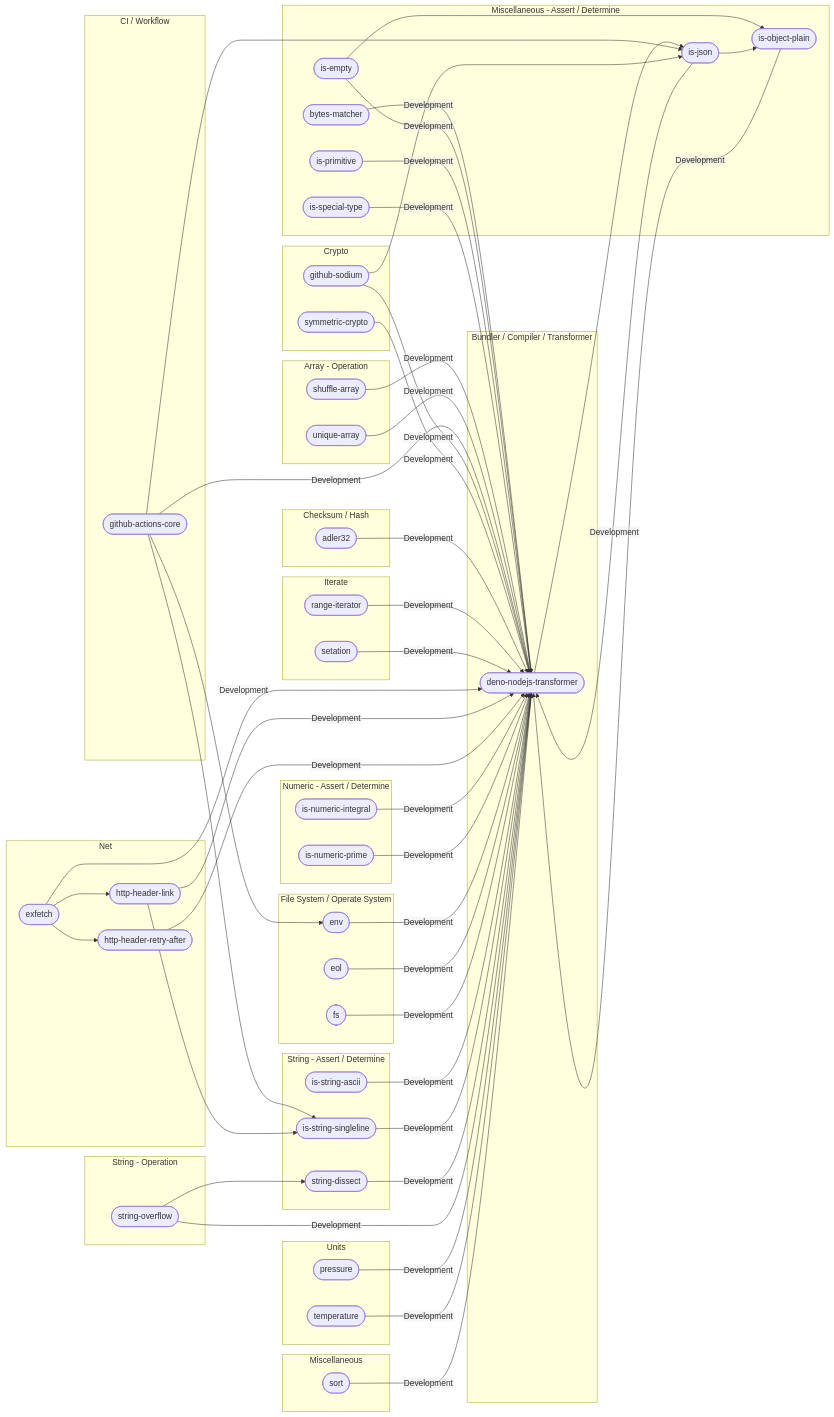
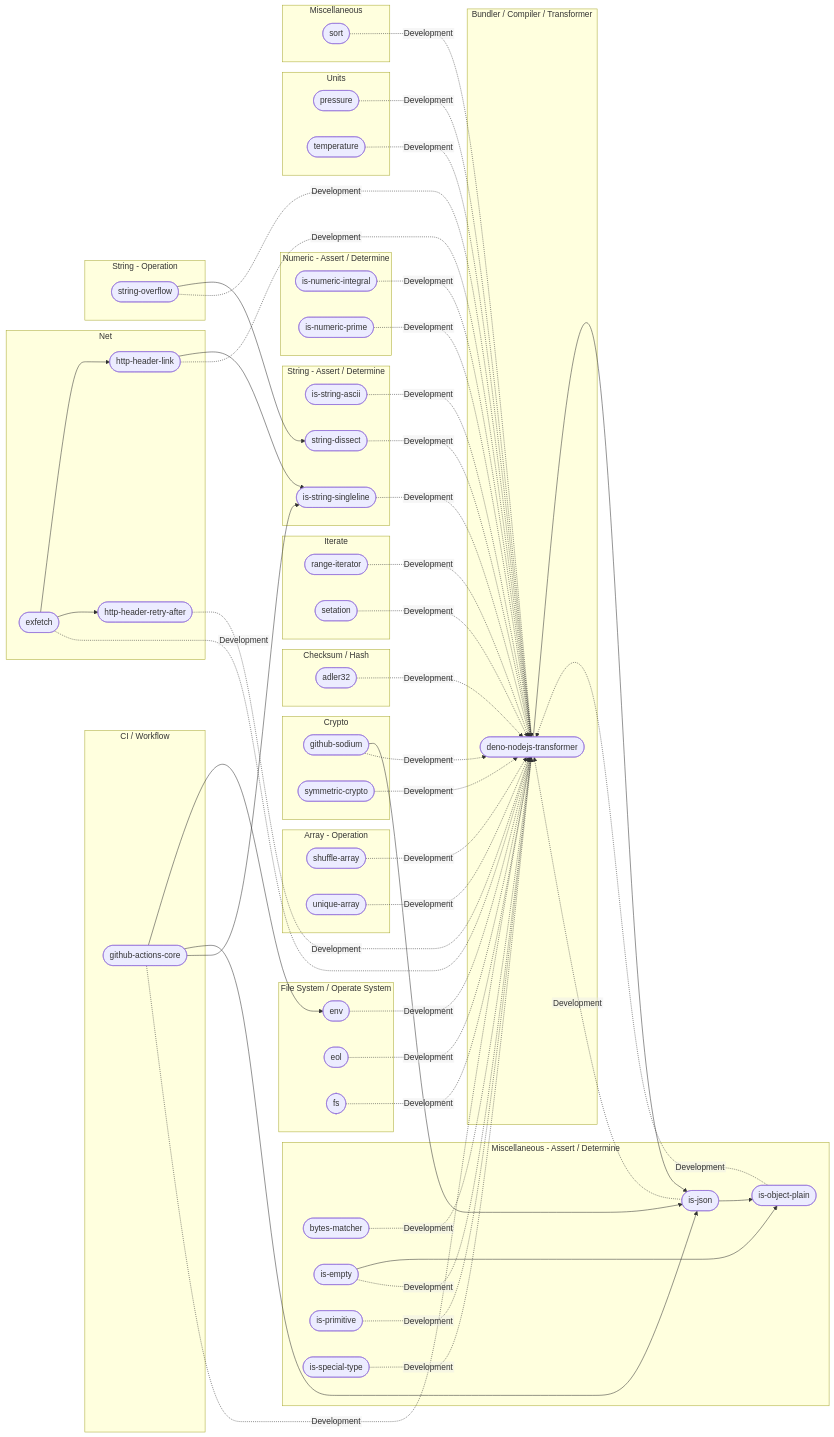
Before and after one commit to hugoalh/hugoalh: the diagram in assets/es-dependencies-graph.md, drawn with Mermaid.

Commit message:
Update ES dependencies graph

````diff
--- a/assets/es-dependencies-graph.md
+++ b/assets/es-dependencies-graph.md
@@ -94,34 +94,34 @@
   is-empty --> is-object-plain
   is-json --> is-object-plain
   string-overflow --> string-dissect
-  
-  shuffle-array -- Development --> deno-nodejs-transformer
-  unique-array -- Development --> deno-nodejs-transformer
-  github-actions-core -- Development --> deno-nodejs-transformer
-  github-sodium -- Development --> deno-nodejs-transformer
-  symmetric-crypto -- Development --> deno-nodejs-transformer
-  adler32 -- Development --> deno-nodejs-transformer
-  range-iterator -- Development --> deno-nodejs-transformer
-  setation -- Development --> deno-nodejs-transformer
-  bytes-matcher -- Development --> deno-nodejs-transformer
-  is-empty -- Development --> deno-nodejs-transformer
-  is-json -- Development --> deno-nodejs-transformer
-  is-object-plain -- Development --> deno-nodejs-transformer
-  is-primitive -- Development --> deno-nodejs-transformer
-  is-special-type -- Development --> deno-nodejs-transformer
-  exfetch -- Development --> deno-nodejs-transformer
-  http-header-link -- Development --> deno-nodejs-transformer
-  http-header-retry-after -- Development --> deno-nodejs-transformer
-  is-numeric-integral -- Development --> deno-nodejs-transformer
-  is-numeric-prime -- Development --> deno-nodejs-transformer
-  env -- Development --> deno-nodejs-transformer
-  eol -- Development --> deno-nodejs-transformer
-  fs -- Development --> deno-nodejs-transformer
-  is-string-ascii -- Development --> deno-nodejs-transformer
-  is-string-singleline -- Development --> deno-nodejs-transformer
-  string-dissect -- Development --> deno-nodejs-transformer
-  string-overflow -- Development --> deno-nodejs-transformer
-  pressure -- Development --> deno-nodejs-transformer
-  temperature -- Development --> deno-nodejs-transformer
-  sort -- Development --> deno-nodejs-transformer
+
+  adler32 -. Development .-> deno-nodejs-transformer
+  bytes-matcher -. Development .-> deno-nodejs-transformer
+  env -. Development .-> deno-nodejs-transformer
+  eol -. Development .-> deno-nodejs-transformer
+  exfetch -. Development .-> deno-nodejs-transformer
+  fs -. Development .-> deno-nodejs-transformer
+  github-actions-core -. Development .-> deno-nodejs-transformer
+  github-sodium -. Development .-> deno-nodejs-transformer
+  http-header-link -. Development .-> deno-nodejs-transformer
+  http-header-retry-after -. Development .-> deno-nodejs-transformer
+  is-empty -. Development .-> deno-nodejs-transformer
+  is-json -. Development .-> deno-nodejs-transformer
+  is-numeric-integral -. Development .-> deno-nodejs-transformer
+  is-numeric-prime -. Development .-> deno-nodejs-transformer
+  is-object-plain -. Development .-> deno-nodejs-transformer
+  is-primitive -. Development .-> deno-nodejs-transformer
+  is-special-type -. Development .-> deno-nodejs-transformer
+  is-string-ascii -. Development .-> deno-nodejs-transformer
+  is-string-singleline -. Development .-> deno-nodejs-transformer
+  pressure -. Development .-> deno-nodejs-transformer
+  range-iterator -. Development .-> deno-nodejs-transformer
+  setation -. Development .-> deno-nodejs-transformer
+  shuffle-array -. Development .-> deno-nodejs-transformer
+  sort -. Development .-> deno-nodejs-transformer
+  string-dissect -. Development .-> deno-nodejs-transformer
+  string-overflow -. Development .-> deno-nodejs-transformer
+  symmetric-crypto -. Development .-> deno-nodejs-transformer
+  temperature -. Development .-> deno-nodejs-transformer
+  unique-array -. Development .-> deno-nodejs-transformer
 ```
````
